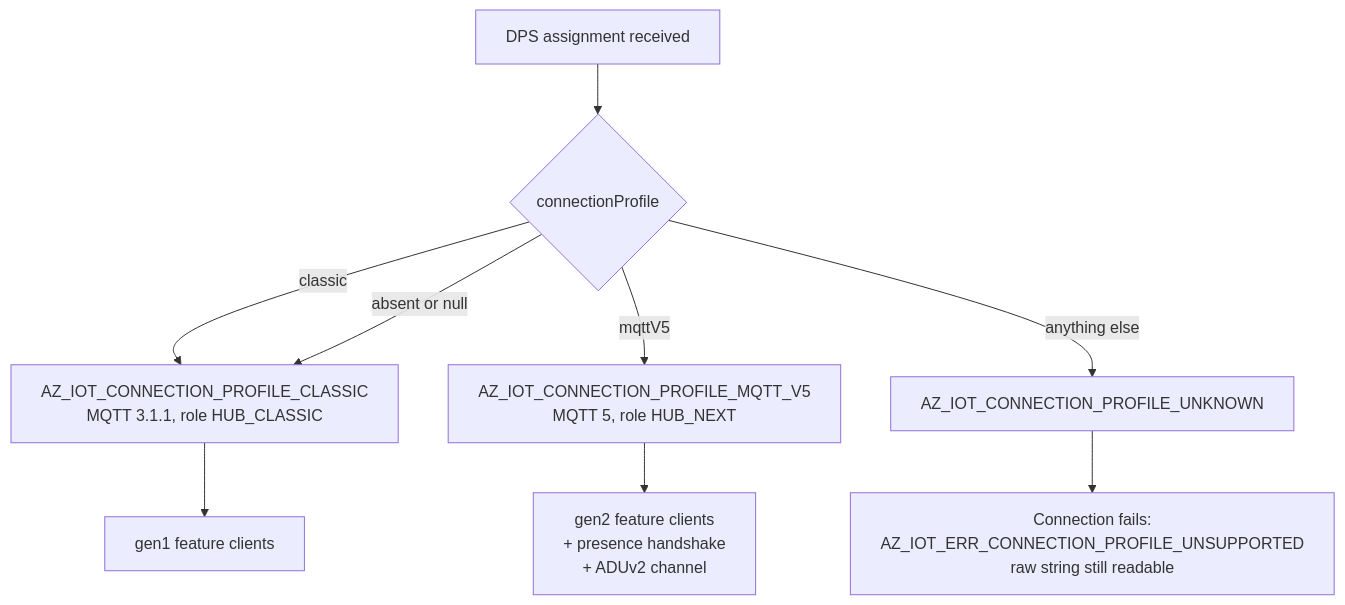
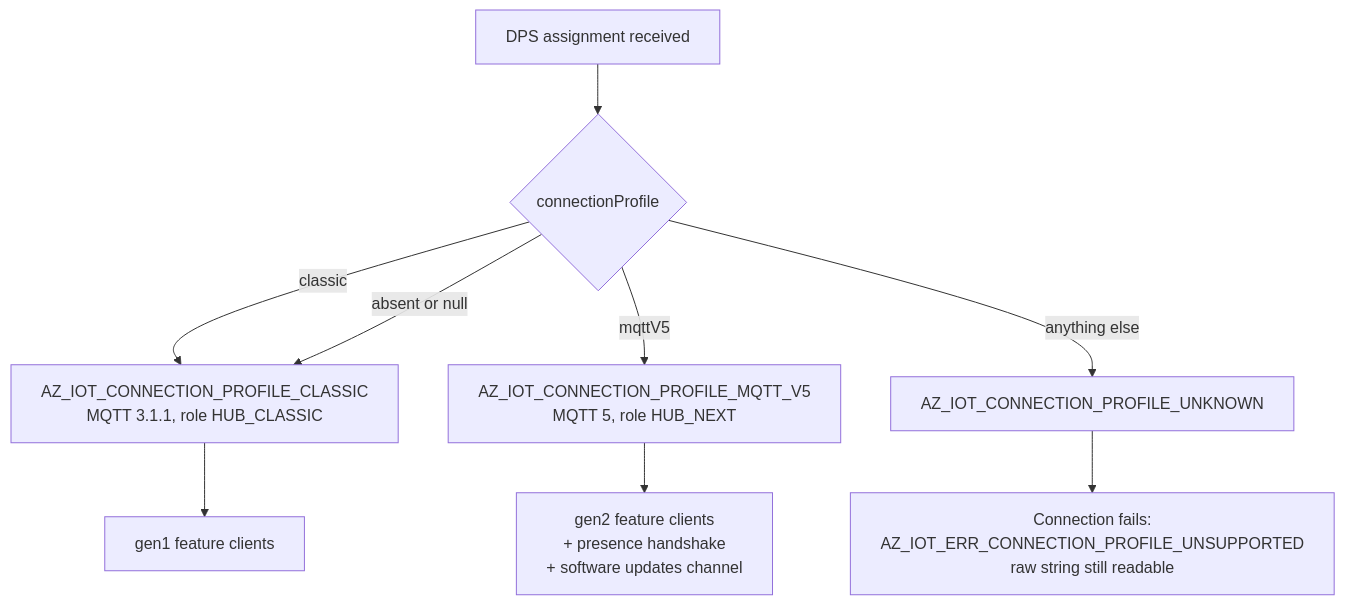
One commit to Azure/azure-iot-sdk changed the fourth of 9 diagrams in c/docs/connection.md. Above: the diagram before and after it, drawn with Mermaid. The commit also changed other lines of this file and 144 other files, not shown here.

````diff
--- a/c/docs/connection.md
+++ b/c/docs/connection.md
@@ -285,11 +285,11 @@
 ```mermaid
 flowchart TB
     A["DPS assignment received"] --> B{"connectionProfile"}
     B -->|"classic"| C["AZ_IOT_CONNECTION_PROFILE_CLASSIC<br/>MQTT 3.1.1, role HUB_CLASSIC"]
     B -->|"absent or null"| C
     B -->|"mqttV5"| D["AZ_IOT_CONNECTION_PROFILE_MQTT_V5<br/>MQTT 5, role HUB_NEXT"]
     B -->|"anything else"| E["AZ_IOT_CONNECTION_PROFILE_UNKNOWN"]
     C --> F["gen1 feature clients"]
-    D --> G["gen2 feature clients<br/>+ presence handshake<br/>+ ADUv2 channel"]
+    D --> G["gen2 feature clients<br/>+ presence handshake<br/>+ software updates channel"]
     E --> H["Connection fails:<br/>AZ_IOT_ERR_CONNECTION_PROFILE_UNSUPPORTED<br/>raw string still readable"]
 ```
````
